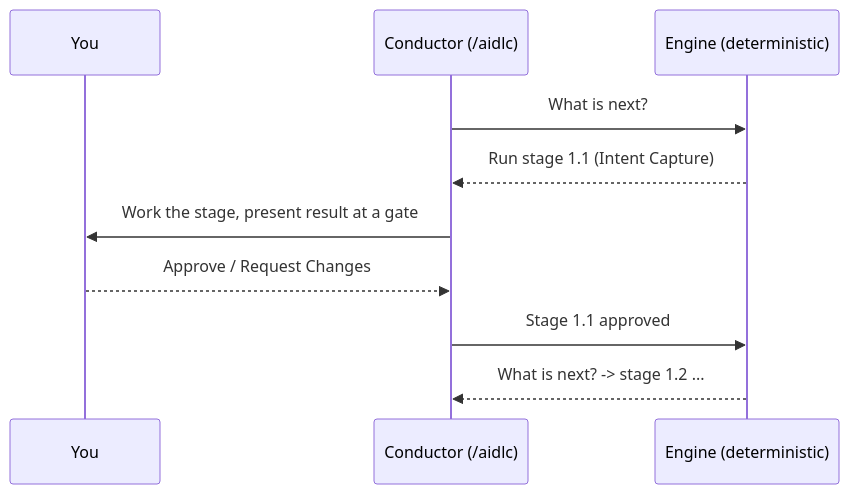
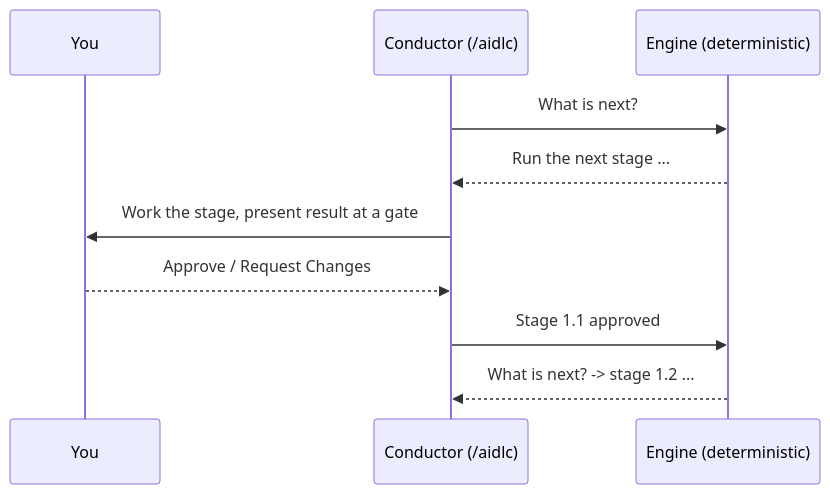
One commit to awslabs/aidlc-workflows changed the diagram in docs/guide/onboarding.md. Above: the diagram before and after it, drawn with Mermaid. The commit also changed other lines of this file, not shown here.

First line of the commit message:
docs: address review — align onboarding walkthrough with engine behavior

````diff
--- a/docs/guide/onboarding.md
+++ b/docs/guide/onboarding.md
@@ -39,12 +39,12 @@
 ```mermaid
 sequenceDiagram
     participant You
     participant Conductor as Conductor (/aidlc)
     participant Engine as Engine (deterministic)
     Conductor->>Engine: What is next?
-    Engine-->>Conductor: Run stage 1.1 (Intent Capture)
+    Engine-->>Conductor: Run the next stage ...
     Conductor->>You: Work the stage, present result at a gate
     You-->>Conductor: Approve / Request Changes
     Conductor->>Engine: Stage 1.1 approved
     Engine-->>Conductor: What is next? -> stage 1.2 ...
 ```
````
